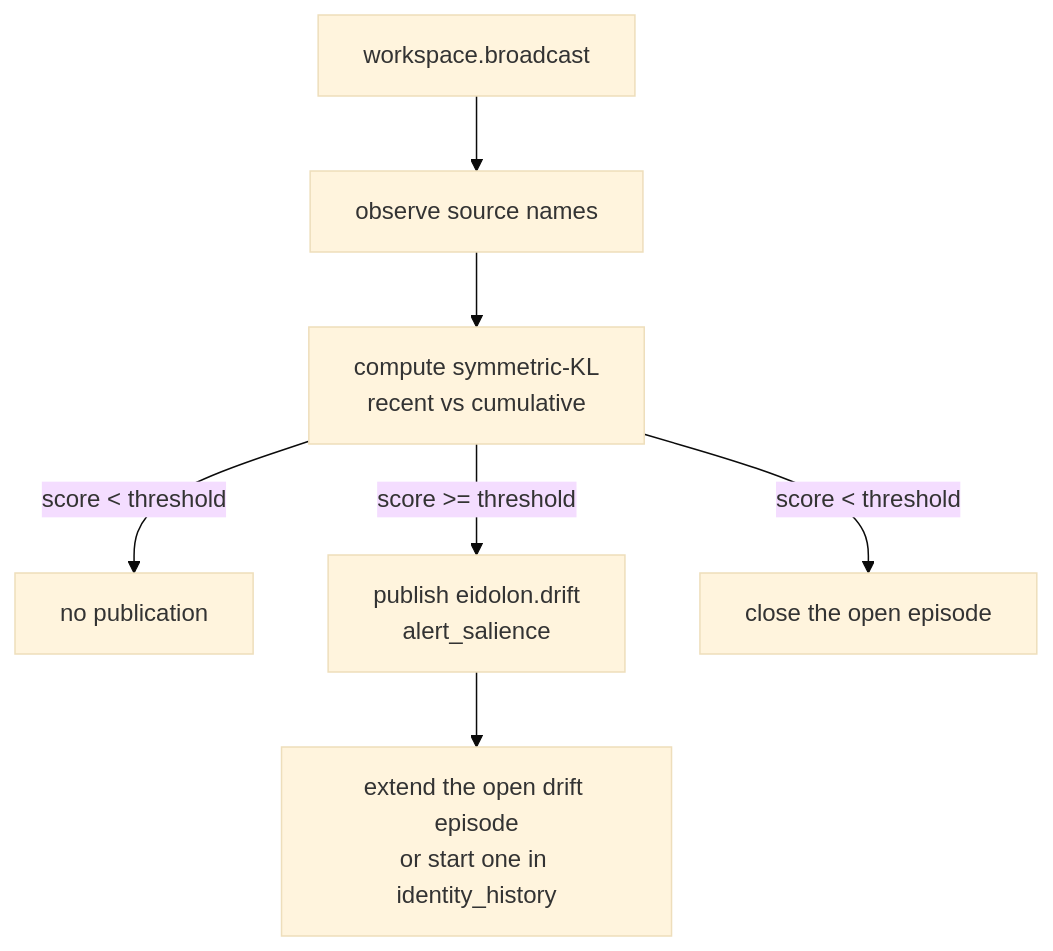
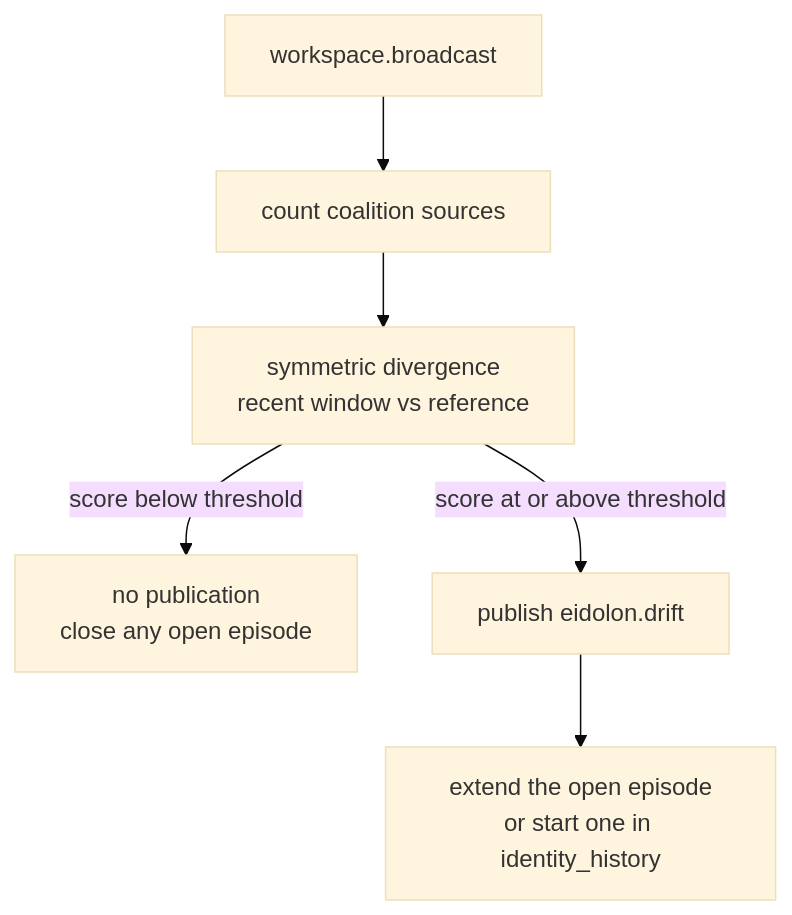
One commit to kaineone/kaine changed the diagram in docs/09-modules/eidolon.md. Above: the diagram before and after it, drawn with Mermaid (base theme). The commit also changed other lines of this file and 72 other files, not shown here.

````diff
--- a/docs/09-modules/eidolon.md
+++ b/docs/09-modules/eidolon.md
@@ -82,9 +78,8 @@
 ```mermaid
 flowchart TD
-    WS[workspace.broadcast] --> OBS[observe source names]
-    OBS --> KL[compute symmetric-KL\nrecent vs cumulative]
-    KL -- score < threshold --> SKIP[no publication]
-    KL -- score >= threshold --> DRIFT[publish eidolon.drift\nalert_salience]
-    DRIFT --> HIST[extend the open drift episode\nor start one in identity_history]
-    KL -- score < threshold --> CLOSE[close the open episode]
+    WS[workspace.broadcast] --> OBS[count coalition sources]
+    OBS --> KL[symmetric divergence\nrecent window vs reference]
+    KL -- score below threshold --> CLOSE[no publication\nclose any open episode]
+    KL -- score at or above threshold --> DRIFT[publish eidolon.drift]
+    DRIFT --> HIST[extend the open episode\nor start one in identity_history]
 ```
````
